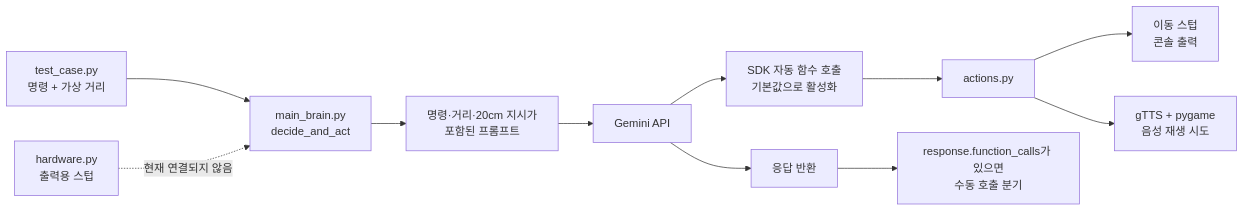
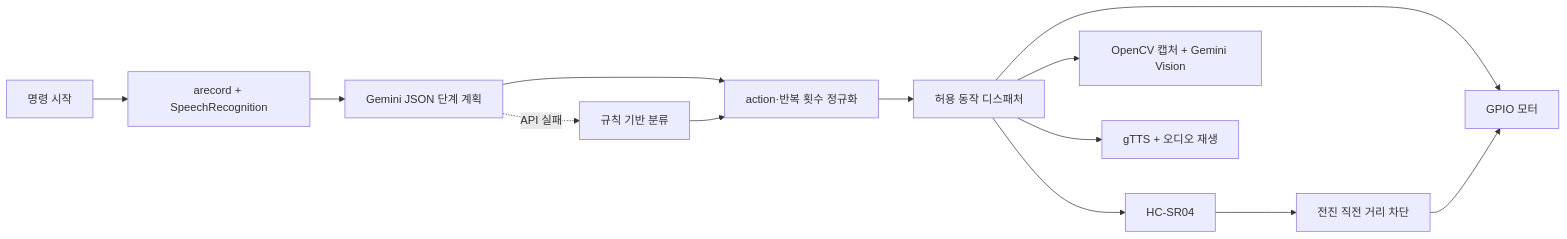
Before and after one commit to cora1022/2026ESWContest_free_ABOUTCREATE: the diagram in README.md, drawn with Mermaid. The commit also changed other lines of this file and 18 other files, not shown here.

````diff
--- a/README.md
+++ b/README.md
@@ -76,13 +44,15 @@
 ```mermaid
 flowchart LR
-    Test["test_case.py\n명령 + 가상 거리"] --> Brain["main_brain.py\ndecide_and_act"]
-    Brain --> Prompt["명령·거리·20cm 지시가\n포함된 프롬프트"]
-    Prompt --> Gemini["Gemini API"]
-    Gemini --> Auto["SDK 자동 함수 호출\n기본값으로 활성화"]
-    Auto --> Actions["actions.py"]
-    Actions --> Move["이동 스텁\n콘솔 출력"]
-    Actions --> Speech["gTTS + pygame\n음성 재생 시도"]
-    Gemini --> Response["응답 반환"]
-    Response --> Manual["response.function_calls가 있으면\n수동 호출 분기"]
-    Hardware["hardware.py\n출력용 스텁"] -. "현재 연결되지 않음" .-> Brain
+    Wake["명령 시작"] --> STT["arecord + SpeechRecognition"]
+    STT --> Planner["Gemini JSON 단계 계획"]
+    Planner --> Validate["action·반복 횟수 정규화"]
+    Validate --> Dispatch["허용 동작 디스패처"]
+    Dispatch --> Motor["GPIO 모터"]
+    Dispatch --> Sensor["HC-SR04"]
+    Dispatch --> Vision["OpenCV 캡처 + Gemini Vision"]
+    Dispatch --> Speech["gTTS + 오디오 재생"]
+    Sensor --> Guard["전진 직전 거리 차단"]
+    Guard --> Motor
+    Planner -. "API 실패" .-> Fallback["규칙 기반 분류"]
+    Fallback --> Validate
 ```
````
